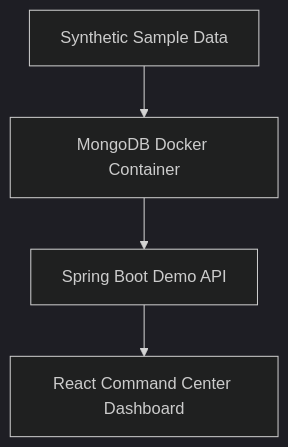
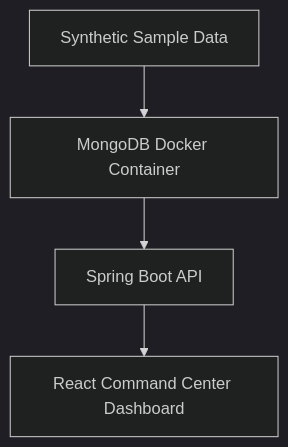
One commit to junhyuk-99/cnc-mct-analytics-dashboard changed the third of 3 diagrams in docs/CASE_STUDY_CNC_MCT_DASHBOARD.md. Above: the diagram before and after it, drawn with Mermaid (dark theme). The commit also changed other lines of this file and 6 other files, not shown here.

````diff
--- a/docs/CASE_STUDY_CNC_MCT_DASHBOARD.md
+++ b/docs/CASE_STUDY_CNC_MCT_DASHBOARD.md
@@ -84,6 +84,6 @@
 ```mermaid
 flowchart TD
     A[Synthetic Sample Data] --> B[MongoDB Docker Container]
-    B --> C[Spring Boot Demo API]
+    B --> C[Spring Boot API]
     C --> D[React Command Center Dashboard]
 ```
````
